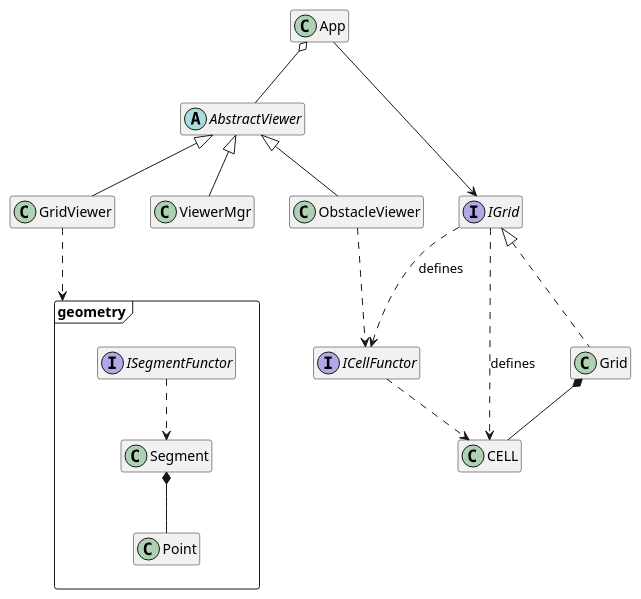
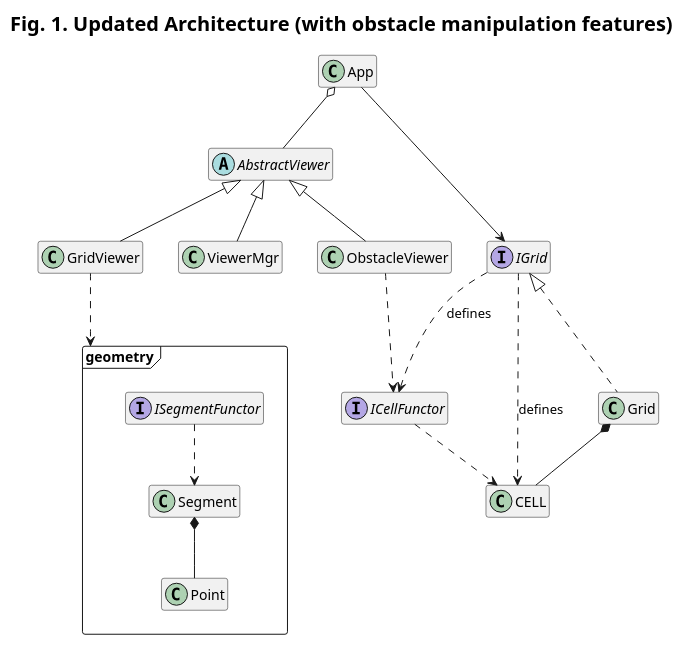
The first of 3 diagrams in _posts/modsim/2020-10-04-2d-grid-obstacles.md (kanmeugne/kanmeugne.github.io), drawn with PlantUML before and after one commit. The commit also changed other lines of this file and 1 other file, not shown here.

```diff
--- a/_posts/modsim/2020-10-04-2d-grid-obstacles.md
+++ b/_posts/modsim/2020-10-04-2d-grid-obstacles.md
@@ -24,72 +19,73 @@
 {% plantuml %}
 @startuml
+title: <size:20>Fig. 1. Updated Architecture (with obstacle manipulation features)</size>
 package geometry <<Frame>>
 {
     class Point {
         + int x
         + int y
     }
     class Segment {
         + Point init
         + Point end
     }
     interface ISegmentFunctor {
         + virtual void operator(const Segment&)
     }
 }
 interface ICellFunctor {
     + virtual void operator(const CELL)
 }
 abstract class AbstractViewer {
     + virtual void iActivate()
     + virtual void iDeactivate()
     + virtual void iIsActive() const
     + virtual void iSetApp(App*)
     + virtual void iDisplay();
     # {abstract} virtual void iDraw()
     # bool _active = false
 }
 class App {
     ...
     .. obstacle-related actions ..
     + void addObstacle(int, int)
     + void removeObstacle(int, int)
 }
 class CELL {
     + int id
     + int state
 }
 class GridViewer extends AbstractViewer {
     - void drawLines(geometry::ISegmentFunctor&)
     + void initialize()
 }
 class ViewerMgr extends AbstractViewer {
     - vector<AbstractManager*> viewers
     + void iAddViewer(AbstractManager*)
 }
 class ObstacleViewer extends AbstractViewer {
     - drawObstacles(ICellFunctor&)
 }
 interface IGrid {
     ...
     .. functor broadcast ..
 	+ virtual void iApplyOnCells(ICellFunctor&) const
 }
 class Grid implements IGrid {
     - int resx
     - int resy
     - int sizex
     - int sizey
 }
 IGrid ..> CELL : defines
 Grid *-- CELL
 App --> IGrid
 App o-- AbstractViewer
 Segment *-- Point
 ISegmentFunctor ..> Segment
 GridViewer ..> geometry
 IGrid ..> ICellFunctor : defines
 ICellFunctor ..> CELL
 ObstacleViewer ..> ICellFunctor
 hide members
 {% endplantuml %}
```
